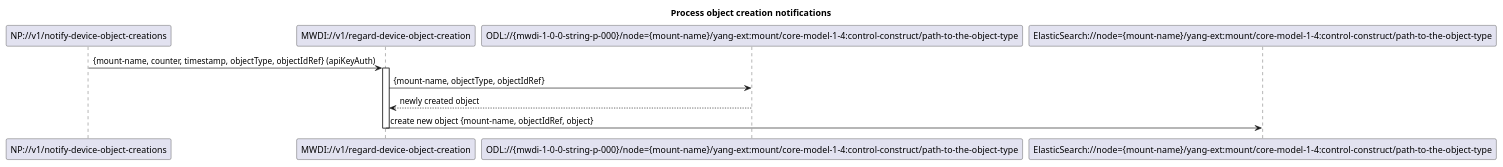
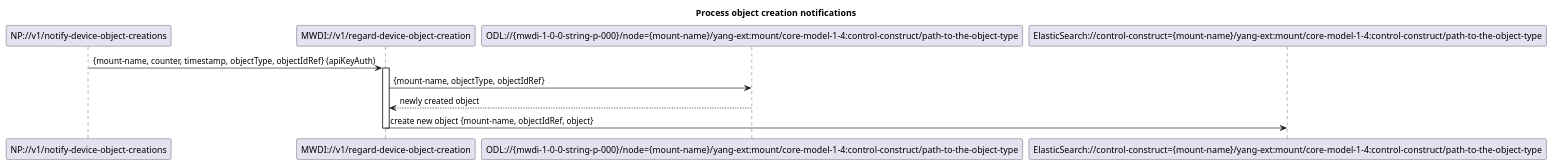
One commit to openBackhaul/MicroWaveDeviceInventory changed the diagram in spec/diagrams/024_NotificationBasedObjectCreation.plantuml. Above: the diagram before and after it, drawn with PlantUML. The commit also changed 4 other files, not shown here.

Commit message:
updated notification diagrams

```diff
--- a/spec/diagrams/024_NotificationBasedObjectCreation.plantuml
+++ b/spec/diagrams/024_NotificationBasedObjectCreation.plantuml
@@ -1,20 +1,20 @@
 @startuml 024_NotificationBasedObjectCreation
 skinparam responseMessageBelowArrow true
 
 title Process object creation notifications
 
 participant "NP://v1/notify-device-object-creations" as subscription
 participant "MWDI://v1/regard-device-object-creation" as regardObjectCreation
 participant "ODL://{mwdi-1-0-0-string-p-000}/node={mount-name}/yang-ext:mount/core-model-1-4:control-construct/path-to-the-object-type" as odlCreatedObject
-participant "ElasticSearch://node={mount-name}/yang-ext:mount/core-model-1-4:control-construct/path-to-the-object-type" as es
+participant "ElasticSearch://control-construct={mount-name}/yang-ext:mount/core-model-1-4:control-construct/path-to-the-object-type" as es
 
 subscription -> regardObjectCreation: {mount-name, counter, timestamp, objectType, objectIdRef} (apiKeyAuth)
 activate regardObjectCreation
 
 regardObjectCreation -> odlCreatedObject: {mount-name, objectType, objectIdRef}
 odlCreatedObject --> regardObjectCreation: newly created object
 
 regardObjectCreation -> es: create new object {mount-name, objectIdRef, object}
 deactivate regardObjectCreation
 
 @enduml
```
